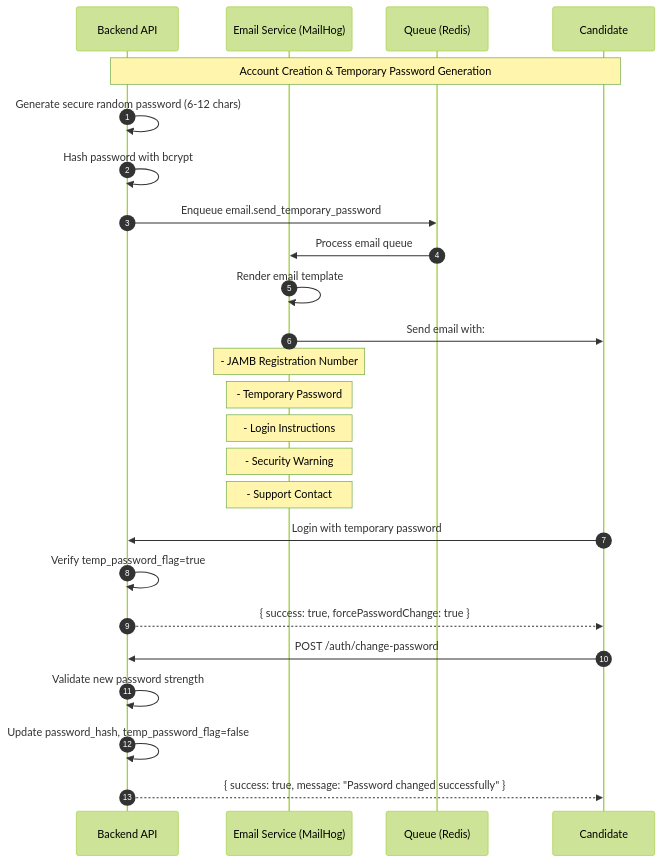
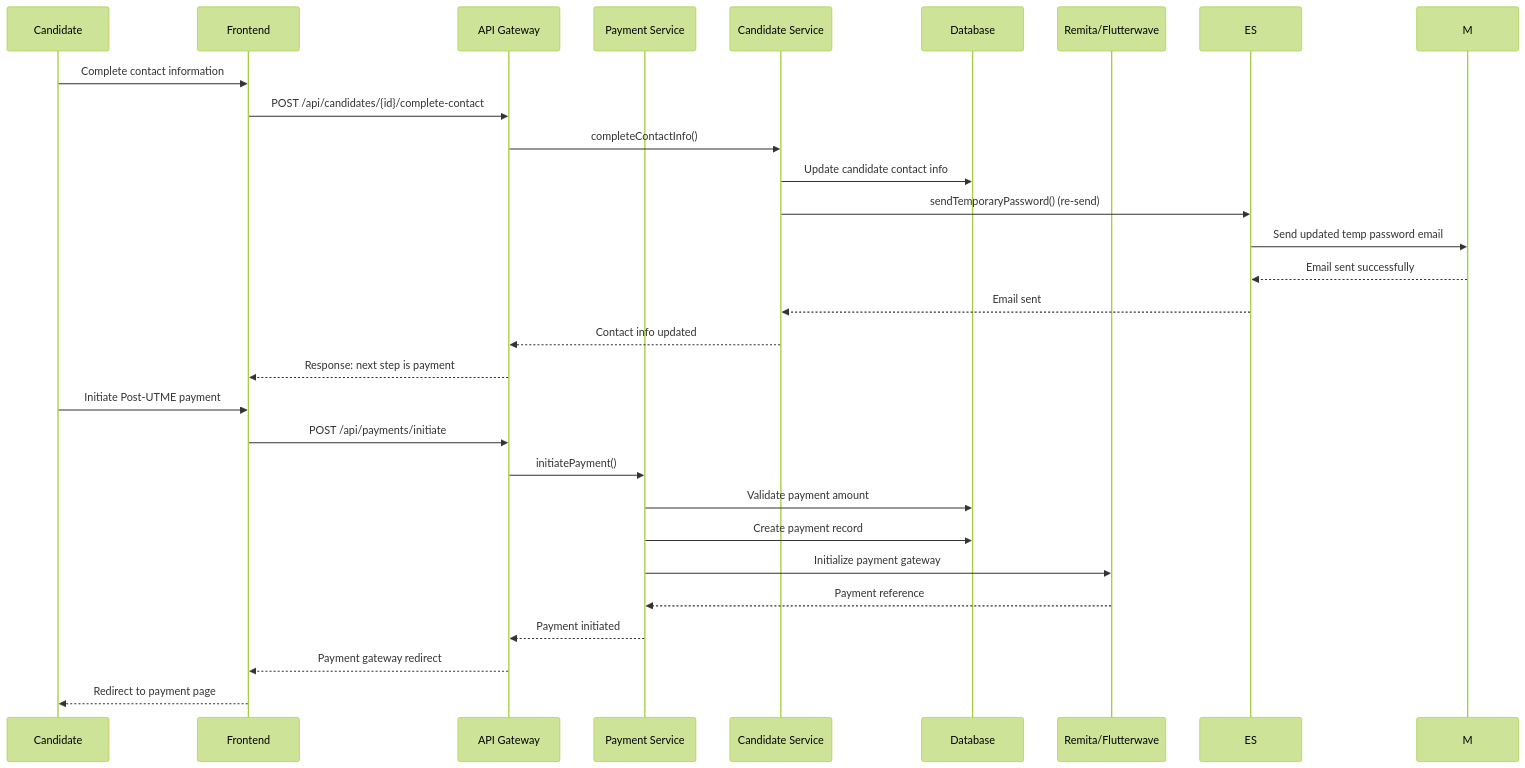
One commit to sbikelly/fuep_api changed the second of 17 diagrams in docs/sequence-diagrams.md. Above: the diagram before and after it, drawn with Mermaid (forest theme). The commit also changed other lines of this file and 35 other files, not shown here.

````diff
--- a/docs/sequence-diagrams.md
+++ b/docs/sequence-diagrams.md
@@ -229,32 +64,34 @@
 ```mermaid
 sequenceDiagram
-  autonumber
-  participant API as Backend API
-  participant EMAIL as Email Service (MailHog)
-  participant Q as Queue (Redis)
-  participant U as Candidate
+    participant C as Candidate
+    participant F as Frontend
+    participant A as API Gateway
+    participant PS as Payment Service
+    participant CS as Candidate Service
+    participant DB as Database
+    participant R as Remita/Flutterwave
 
-  Note over API,U: Account Creation & Temporary Password Generation
-  
-  API->>API: Generate secure random password (6-12 chars)
-  API->>API: Hash password with bcrypt
-  API->>Q: Enqueue email.send_temporary_password
-  
-  Q->>EMAIL: Process email queue
-  EMAIL->>EMAIL: Render email template
-  EMAIL->>U: Send email with:
-  Note over EMAIL: - JAMB Registration Number
-  Note over EMAIL: - Temporary Password
-  Note over EMAIL: - Login Instructions
-  Note over EMAIL: - Security Warning
-  Note over EMAIL: - Support Contact
-  
-  U->>API: Login with temporary password
-  API->>API: Verify temp_password_flag=true
-  API-->>U: { success: true, forcePasswordChange: true }
-  
-  U->>API: POST /auth/change-password
-  API->>API: Validate new password strength
-  API->>API: Update password_hash, temp_password_flag=false
-  API-->>U: { success: true, message: "Password changed successfully" }
+    C->>F: Complete contact information
+    F->>A: POST /api/candidates/{id}/complete-contact
+    A->>CS: completeContactInfo()
+
+    CS->>DB: Update candidate contact info
+    CS->>ES: sendTemporaryPassword() (re-send)
+    ES->>M: Send updated temp password email
+    M-->>ES: Email sent successfully
+    ES-->>CS: Email sent
+    CS-->>A: Contact info updated
+    A-->>F: Response: next step is payment
+
+    C->>F: Initiate Post-UTME payment
+    F->>A: POST /api/payments/initiate
+    A->>PS: initiatePayment()
+
+    PS->>DB: Validate payment amount
+    PS->>DB: Create payment record
+    PS->>R: Initialize payment gateway
+    R-->>PS: Payment reference
+    PS-->>A: Payment initiated
+    A-->>F: Payment gateway redirect
+    F-->>C: Redirect to payment page
 ```
````
